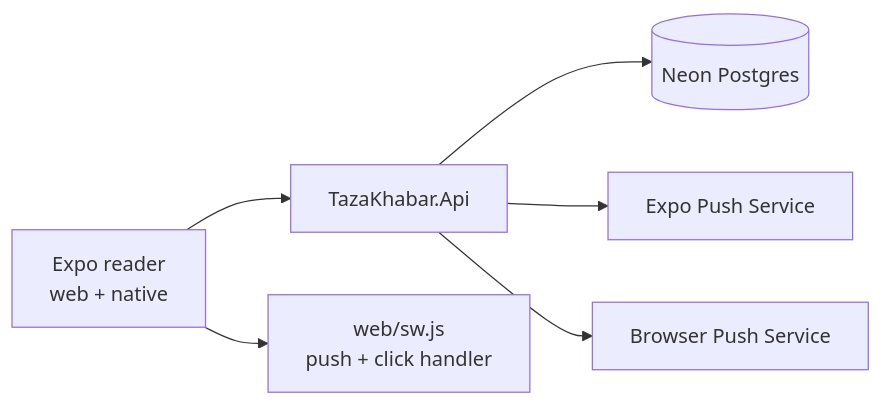
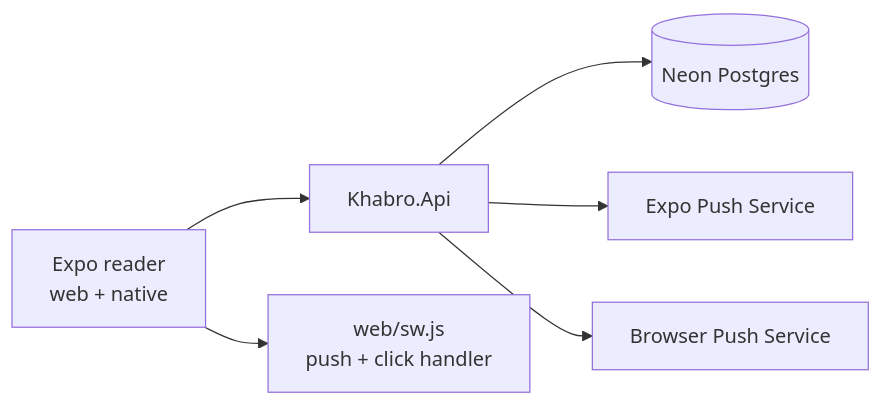
Before and after one commit to sshivanshg/TAZAkhabar: the first of 2 diagrams in docs/architecture/10-notifications.md, drawn with Mermaid. The commit also changed 91 other files, not shown here.

````diff
--- a/docs/architecture/10-notifications.md
+++ b/docs/architecture/10-notifications.md
@@ -17,8 +17,8 @@
 ```mermaid
 flowchart LR
-  Reader[Expo reader<br/>web + native] --> API[TazaKhabar.Api]
+  Reader[Expo reader<br/>web + native] --> API[Khabro.Api]
   API --> DB[(Neon Postgres)]
   API --> Expo[Expo Push Service]
   API --> WebPush[Browser Push Service]
   Reader --> SW[web/sw.js<br/>push + click handler]
 ```
````
